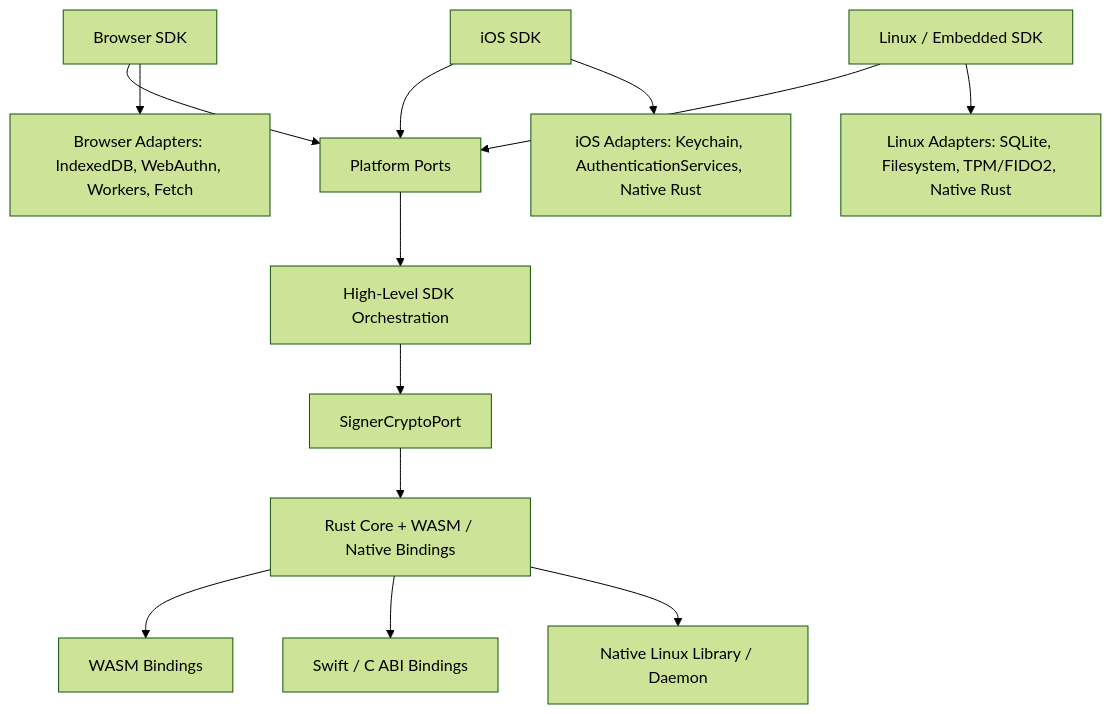
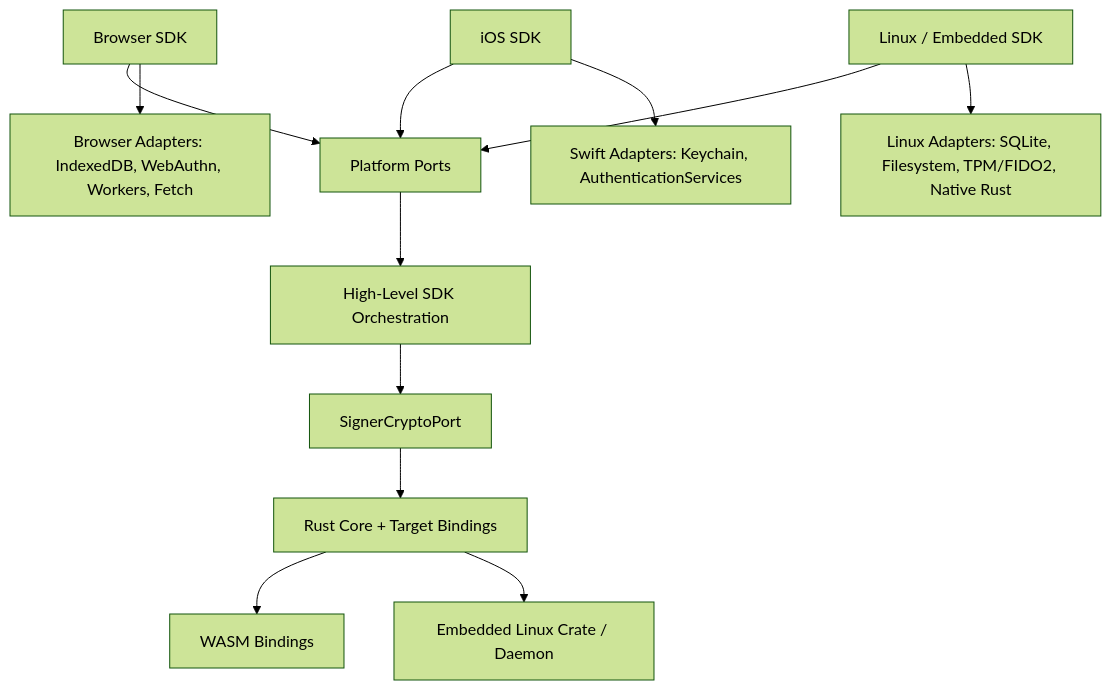
The diagram in docs/refactor-50-cross-platform-1.md (seams-tech/seams-sdk), drawn with Mermaid (forest theme) before and after one commit. The commit also changed other lines of this file and 47 other files, not shown here.

````diff
--- a/docs/refactor-50-cross-platform-1.md
+++ b/docs/refactor-50-cross-platform-1.md
@@ -172,18 +173,17 @@
 ```mermaid
 flowchart TD
   WEB["Browser SDK"] --> PORTS["Platform Ports"]
   IOS["iOS SDK"] --> PORTS
   LINUX["Linux / Embedded SDK"] --> PORTS
 
   PORTS --> CORE_TS["High-Level SDK Orchestration"]
   CORE_TS --> CRYPTO["SignerCryptoPort"]
-  CRYPTO --> RUST["Rust Core + WASM / Native Bindings"]
+  CRYPTO --> RUST["Rust Core + Target Bindings"]
 
   WEB --> WEB_IMPL["Browser Adapters: IndexedDB, WebAuthn, Workers, Fetch"]
-  IOS --> IOS_IMPL["iOS Adapters: Keychain, AuthenticationServices, Native Rust"]
+  IOS --> IOS_IMPL["Swift Adapters: Keychain, AuthenticationServices"]
   LINUX --> LINUX_IMPL["Linux Adapters: SQLite, Filesystem, TPM/FIDO2, Native Rust"]
 
   RUST --> WASM["WASM Bindings"]
-  RUST --> SWIFT["Swift / C ABI Bindings"]
-  RUST --> NATIVE["Native Linux Library / Daemon"]
+  RUST --> EMBEDDED["Embedded Linux Crate / Daemon"]
 ```
````
